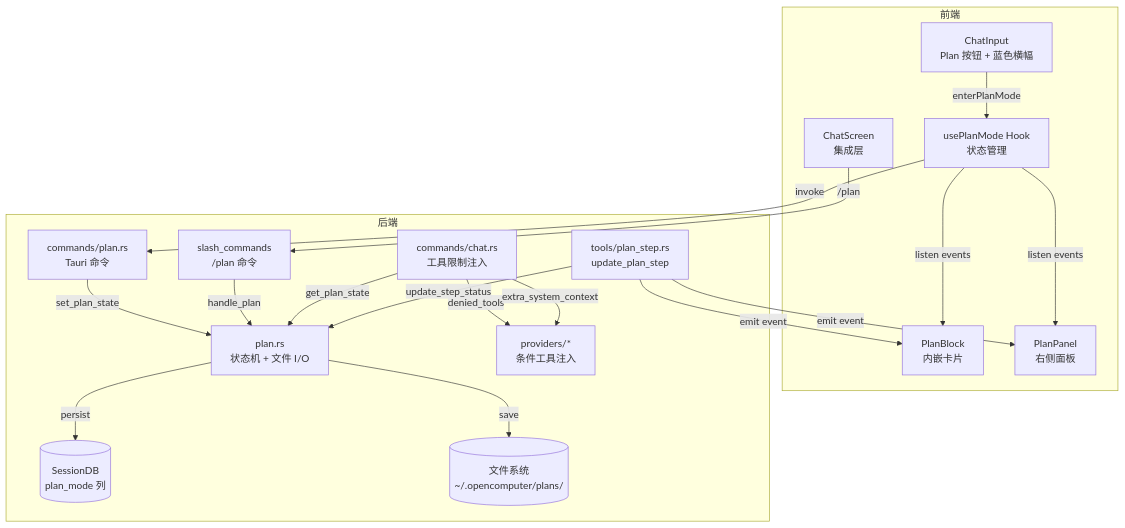
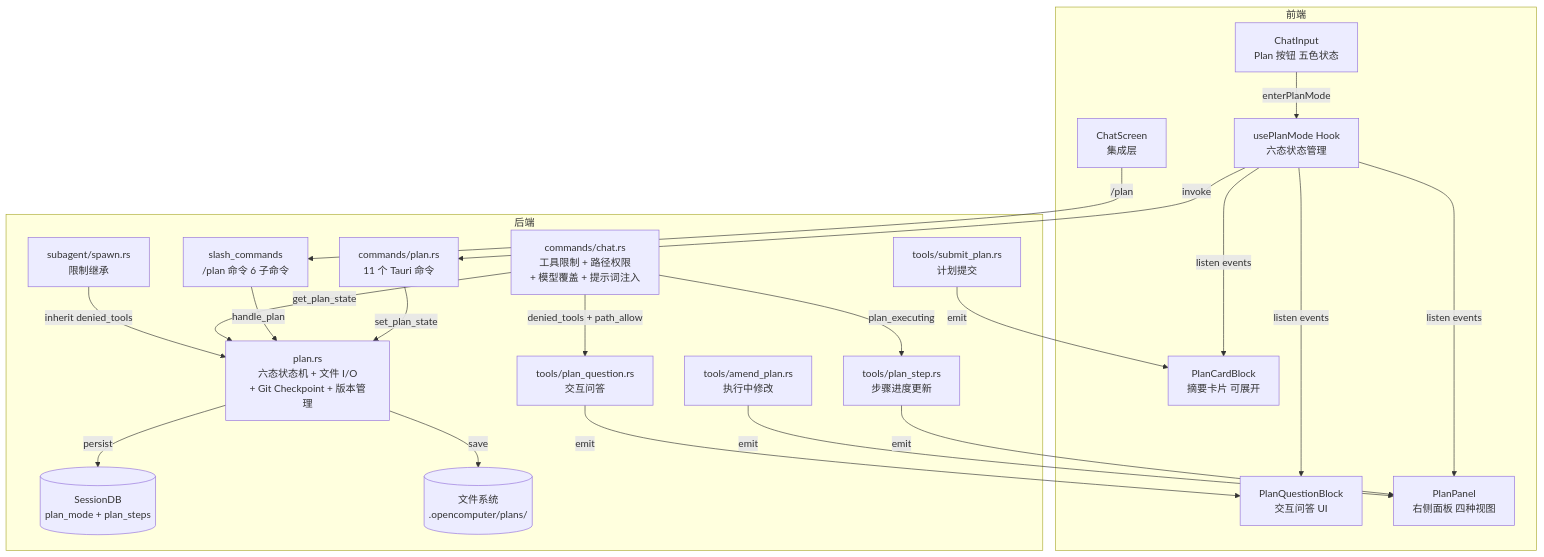
The first of 10 diagrams in docs/plan-mode.md (shiwenwen/hope-agent), drawn with Mermaid before and after one commit. The commit also changed other lines of this file and 11 other files, not shown here.

First line of the commit message:
refactor: Plan Mode 双 Agent 架构重构 + PlanCardBlock 展开功能

````diff
--- a/docs/plan-mode.md
+++ b/docs/plan-mode.md
@@ -48,41 +57,49 @@
 ```mermaid
 graph TB
     subgraph 前端
-        CI[ChatInput<br/>Plan 按钮 + 蓝色横幅]
-        PB[PlanBlock<br/>内嵌卡片]
-        PP[PlanPanel<br/>右侧面板]
-        UPM[usePlanMode Hook<br/>状态管理]
+        CI[ChatInput<br/>Plan 按钮 五色状态]
+        PCC[PlanCardBlock<br/>摘要卡片 可展开]
+        PQB[PlanQuestionBlock<br/>交互问答 UI]
+        PP[PlanPanel<br/>右侧面板 四种视图]
+        UPM[usePlanMode Hook<br/>六态状态管理]
         CS[ChatScreen<br/>集成层]
     end
 
     subgraph 后端
-        PM[plan.rs<br/>状态机 + 文件 I/O]
-        SC[slash_commands<br/>/plan 命令]
-        CP[commands/plan.rs<br/>Tauri 命令]
-        CH[commands/chat.rs<br/>工具限制注入]
-        PS[tools/plan_step.rs<br/>update_plan_step]
-        PR[providers/*<br/>条件工具注入]
-        DB[(SessionDB<br/>plan_mode 列)]
-        FS[(文件系统<br/>~/.opencomputer/plans/)]
+        PM[plan.rs<br/>六态状态机 + 文件 I/O<br/>+ Git Checkpoint + 版本管理]
+        SC[slash_commands<br/>/plan 命令 6 子命令]
+        CP[commands/plan.rs<br/>11 个 Tauri 命令]
+        CH[commands/chat.rs<br/>工具限制 + 路径权限<br/>+ 模型覆盖 + 提示词注入]
+        TQ[tools/plan_question.rs<br/>交互问答]
+        TS[tools/submit_plan.rs<br/>计划提交]
+        TP[tools/plan_step.rs<br/>步骤进度更新]
+        TA[tools/amend_plan.rs<br/>执行中修改]
+        SA[subagent/spawn.rs<br/>限制继承]
+        DB[(SessionDB<br/>plan_mode + plan_steps)]
+        FS[(文件系统<br/>.opencomputer/plans/)]
     end
 
     CI -->|enterPlanMode| UPM
     UPM -->|invoke| CP
     CP -->|set_plan_state| PM
     PM -->|persist| DB
     PM -->|save| FS
 
     CS -->|/plan| SC
     SC -->|handle_plan| PM
 
     CH -->|get_plan_state| PM
-    CH -->|denied_tools| PR
-    CH -->|extra_system_context| PR
+    CH -->|denied_tools + path_allow| TQ
+    CH -->|plan_executing| TP
 
-    PS -->|update_step_status| PM
-    PS -->|emit event| PP
-    PS -->|emit event| PB
+    TQ -->|emit| PQB
+    TS -->|emit| PCC
+    TP -->|emit| PP
+    TA -->|emit| PP
+
+    SA -->|inherit denied_tools| PM
 
     UPM -->|listen events| PP
-    UPM -->|listen events| PB
+    UPM -->|listen events| PCC
+    UPM -->|listen events| PQB
 ```
````
